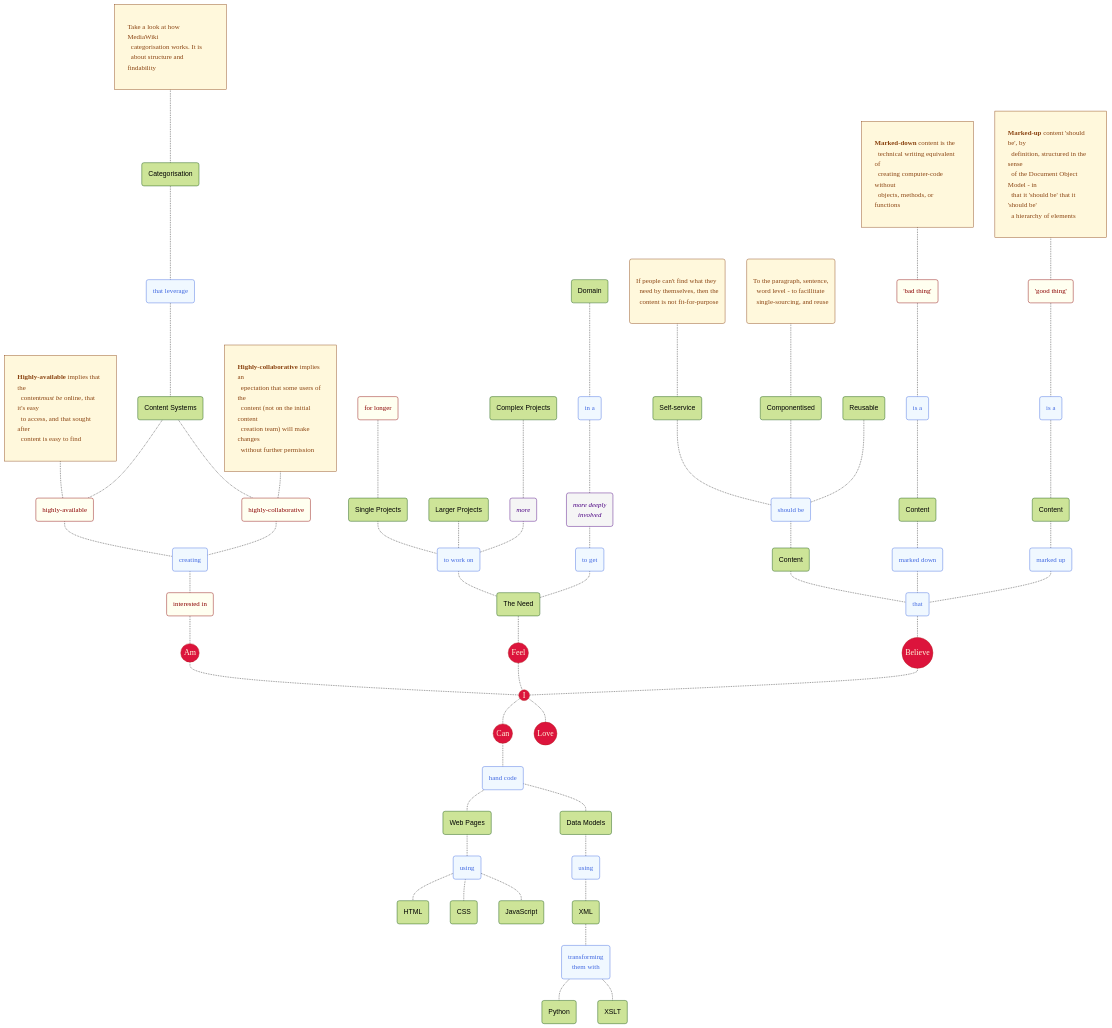
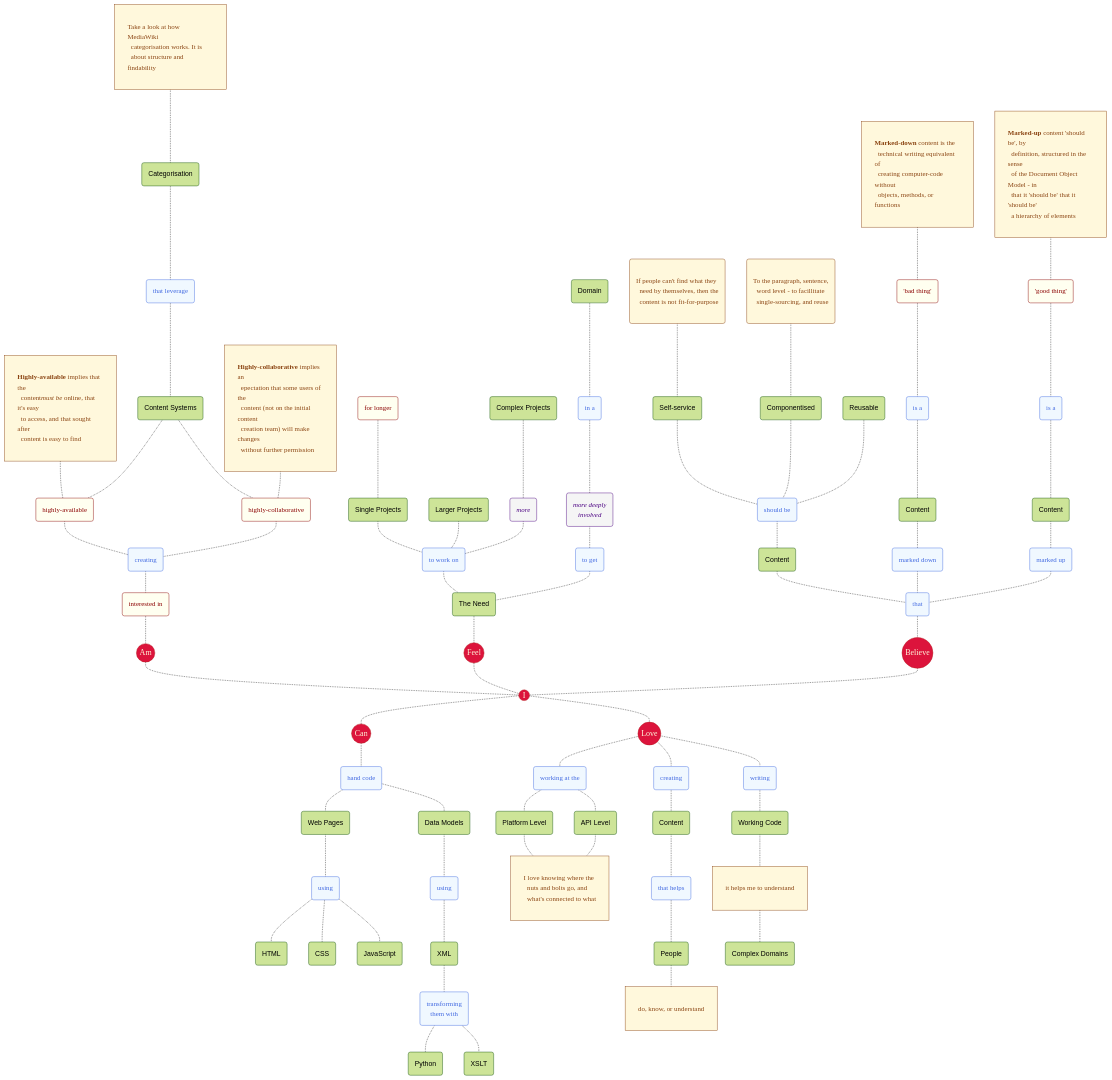
Before and after one commit to joe-dorward/samples: the diagram in my_mermaid_mindmap_2.md, drawn with Mermaid.

````diff
--- a/my_mermaid_mindmap_2.md
+++ b/my_mermaid_mindmap_2.md
@@ -160,11 +160,44 @@
   TRANSFORMING_THEM_WITH-.-PYTHON
   TRANSFORMING_THEM_WITH-.-XSLT
 
-
-
-
   %% ========== ========== ========== ========== ========== ========== ========== ========== ========== ==========
   LOVE(("Love")):::Start
+  I-.-LOVE
 
-  I-.-LOVE
+  PLATFORM_LEVEL_NOTE["I love knowing where the<br/>&ensp;nuts and bolts go, and<br/>&ensp;what's connected to what"]
+
+  WORKING_AT_THE("working at the")
+  PLATFORM_LEVEL("Platform Level")
+  API_LEVEL("API Level")
+
+  class WORKING_AT_THE Verb;
+  class PLATFORM_LEVEL_NOTE Note;
+
+  LOVE-.-
+  WORKING_AT_THE-.-PLATFORM_LEVEL-.-PLATFORM_LEVEL_NOTE
+  WORKING_AT_THE-.-API_LEVEL-.-PLATFORM_LEVEL_NOTE
+  %% ---------- ---------- ---------- ---------- ---------- ---------- ---------- ---------- ---------- ----------
+  DO_KNOW_UNDERSTAND_NOTE["do, know, or understand"]
+
+  CREATING("creating")
+  CONTENT_4("Content")
+  THAT_HELPS("that helps")
+  PEOPLE("People")
+
+  class CREATING,THAT_HELPS Verb;
+  class DO_KNOW_UNDERSTAND_NOTE Note;
+
+  LOVE-.-CREATING-.-CONTENT_4-.-THAT_HELPS-.-PEOPLE-.-DO_KNOW_UNDERSTAND_NOTE
+  %% ---------- ---------- ---------- ---------- ---------- ---------- ---------- ---------- ---------- ----------
+  HELPS_ME_UNDERSTAND_NOTE["it helps me to understand"]
+
+  WRITING("writing")
+  WORKING_CODE("Working Code")
+  COMPLEX_DOMAINS("Complex Domains")
+
+  class WRITING Verb;
+  class HELPS_ME_UNDERSTAND_NOTE Note;
+
+  LOVE-.-WRITING-.-WORKING_CODE-.-HELPS_ME_UNDERSTAND_NOTE-.-COMPLEX_DOMAINS
+  %% ---------- ---------- ---------- ---------- ---------- ---------- ---------- ---------- ---------- ----------
 ```
````
